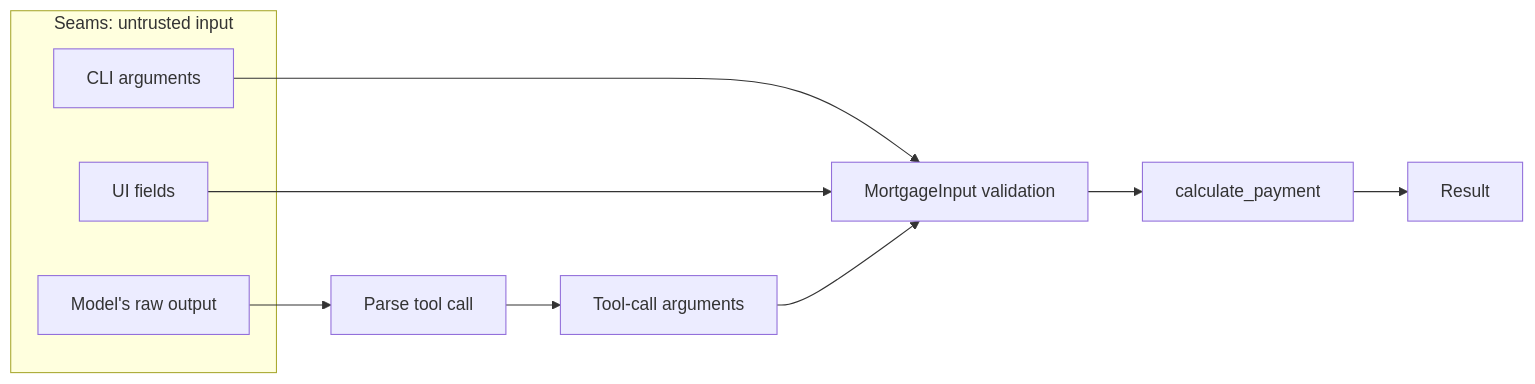
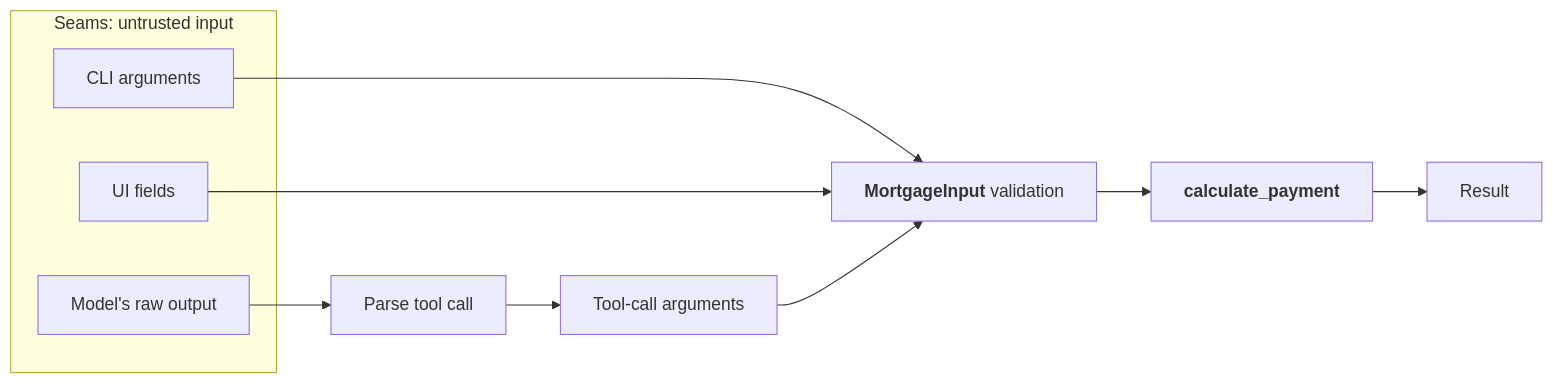
Before and after one commit to rioffe/intro_to_ai_software_engineering: the first of 4 diagrams in manuscript/14-hardening.md, drawn with Mermaid. The commit also changed other lines of this file and 17 other files, not shown here.

First line of the commit message:
Diagram readability pass, and keep diagrams with their intro sentence

````diff
--- a/manuscript/14-hardening.md
+++ b/manuscript/14-hardening.md
@@ -23,17 +23,17 @@
 ```mermaid
 flowchart LR
     subgraph Seams[" Seams: untrusted input "]
         CLI[CLI arguments]
         UI[UI fields]
         MODEL["Model's raw output"]
     end
 
-    CLI --> V[MortgageInput validation]
+    CLI --> V[<b>MortgageInput</b> validation]
     UI --> V
     MODEL --> PARSE[Parse tool call]
     PARSE --> TC[Tool-call arguments]
     TC --> V
 
-    V --> CORE[calculate_payment]
+    V --> CORE[<b>calculate_payment</b>]
     CORE --> R[Result]
 ```
````
